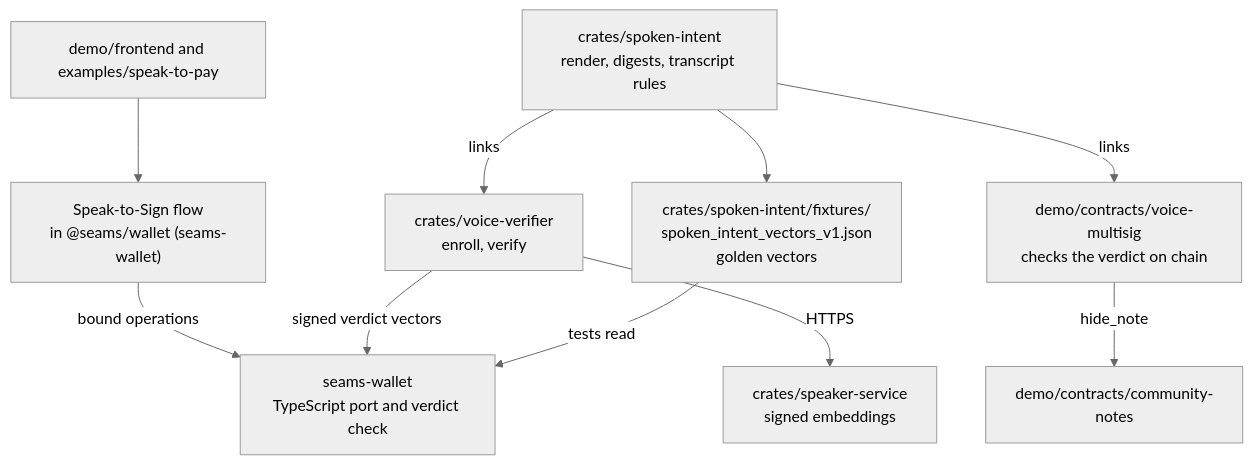
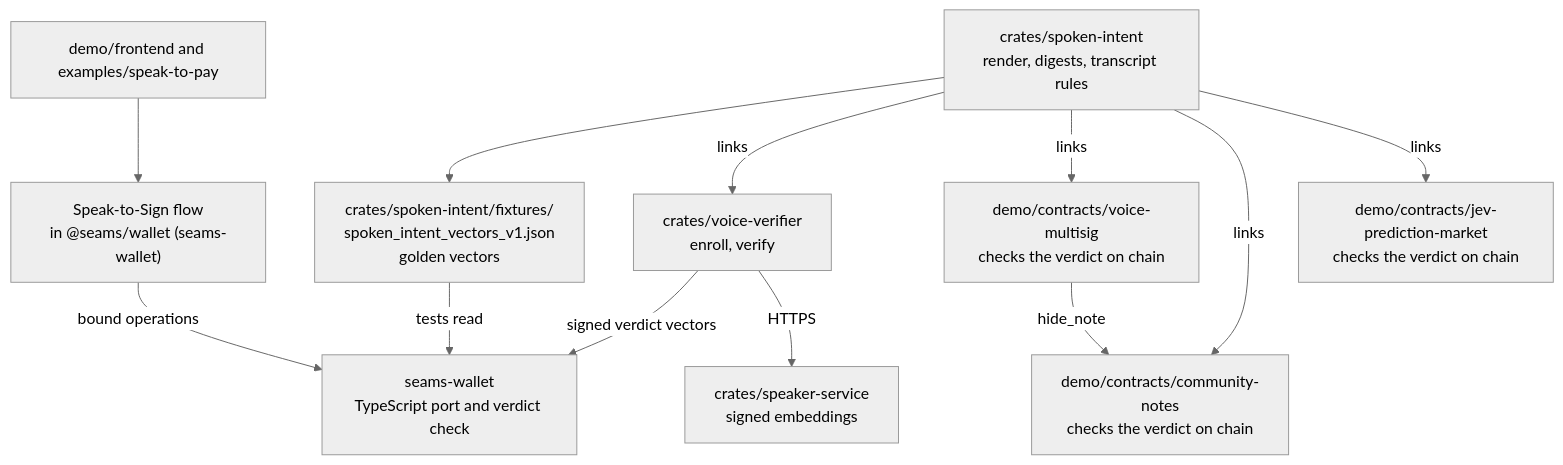
The second of 9 diagrams in docs/architecture.md (seams-tech/speak-to-sign), drawn with Mermaid (neutral theme) before and after one commit. The commit also changed other lines of this file and 9 other files, not shown here.

First line of the commit message:
Docs: the notes contract 1.1.0 is live, so three contracts check the verdict on chain

````diff
--- a/docs/architecture.md
+++ b/docs/architecture.md
@@ -61,22 +61,25 @@
 ```mermaid
 flowchart TB
   SI["crates/spoken-intent<br/>render, digests, transcript rules"]
   Vec["crates/spoken-intent/fixtures/<br/>spoken_intent_vectors_v1.json<br/>golden vectors"]
   VV["crates/voice-verifier<br/>enroll, verify"]
   SS["crates/speaker-service<br/>signed embeddings"]
   MS["demo/contracts/voice-multisig<br/>checks the verdict on chain"]
-  CN["demo/contracts/community-notes"]
+  CN["demo/contracts/community-notes<br/>checks the verdict on chain"]
+  PM["demo/contracts/jev-prediction-market<br/>checks the verdict on chain"]
   WT["seams-wallet<br/>TypeScript port and verdict check"]
   PL["Speak-to-Sign flow<br/>in @seams/wallet (seams-wallet)"]
   FE["demo/frontend and examples/speak-to-pay"]
 
   SI --> Vec
   SI -->|links| VV
   SI -->|links| MS
+  SI -->|links| CN
+  SI -->|links| PM
   Vec -->|tests read| WT
   VV -->|signed verdict vectors| WT
   VV -->|HTTPS| SS
   PL -->|bound operations| WT
   FE --> PL
   MS -->|hide_note| CN
 ```
````
